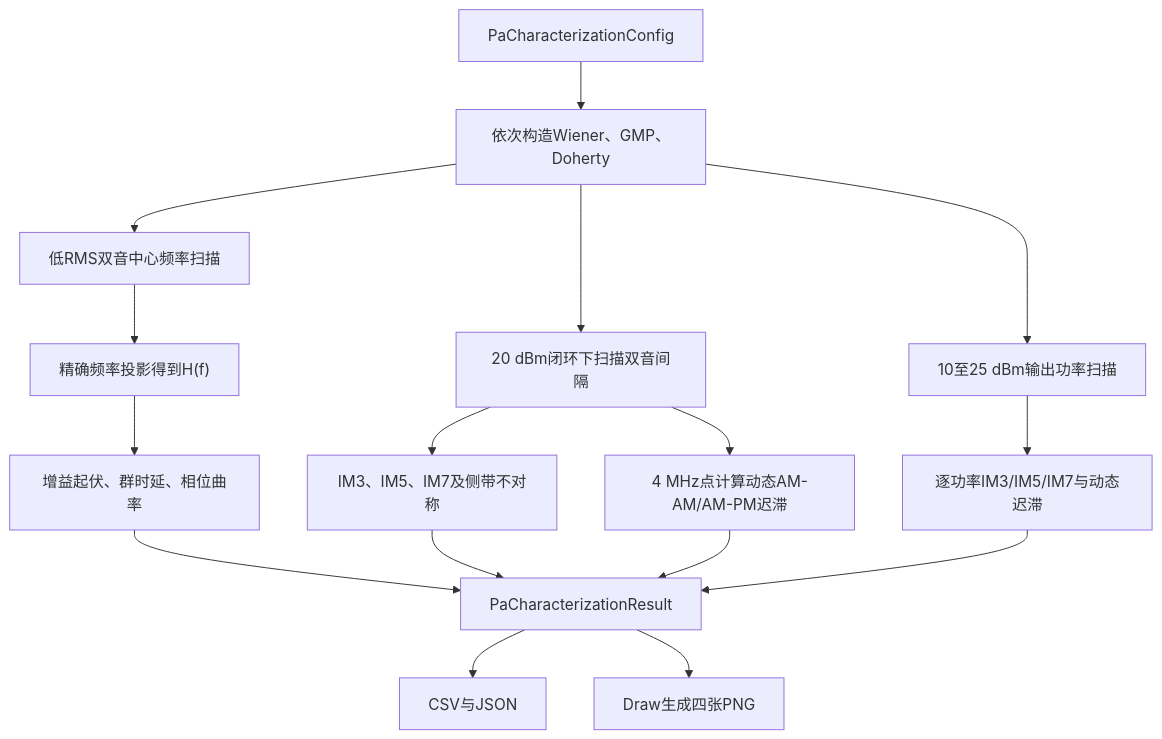
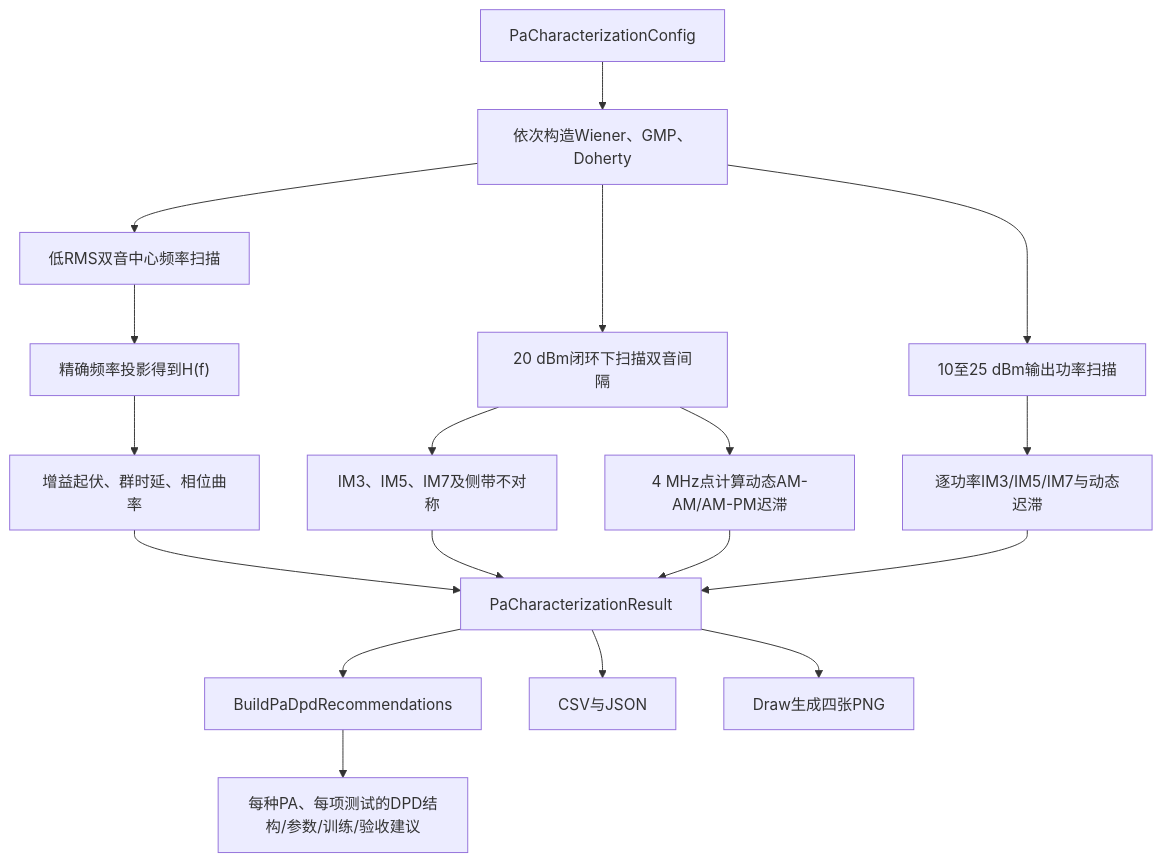
The diagram in doc/PaAnalyse.md (niyilu45/DPD_ILC), drawn with Mermaid before and after one commit. The commit also changed other lines of this file and 7 other files, not shown here.

Commit message:
Add PA-specific DPD design recommendations

````diff
--- a/doc/PaAnalyse.md
+++ b/doc/PaAnalyse.md
@@ -362,18 +422,20 @@
 ```mermaid
 flowchart TD
     config["PaCharacterizationConfig"] --> models["依次构造Wiener、GMP、Doherty"]
     models --> frequency["低RMS双音中心频率扫描"]
     frequency --> projection["精确频率投影得到H(f)"]
     projection --> linearSummary["增益起伏、群时延、相位曲率"]
     models --> spacing["20 dBm闭环下扫描双音间隔"]
     spacing --> im["IM3、IM5、IM7及侧带不对称"]
     spacing --> hysteresis["4 MHz点计算动态AM-AM/AM-PM迟滞"]
     models --> power["10至25 dBm输出功率扫描"]
     power --> powerMetrics["逐功率IM3/IM5/IM7与动态迟滞"]
     linearSummary --> result["PaCharacterizationResult"]
     im --> result
     hysteresis --> result
     powerMetrics --> result
+    result --> recommendation["BuildPaDpdRecommendations"]
+    recommendation --> design["每种PA、每项测试的DPD结构/参数/训练/验收建议"]
     result --> data["CSV与JSON"]
     result --> draw["Draw生成四张PNG"]
 ```
````
